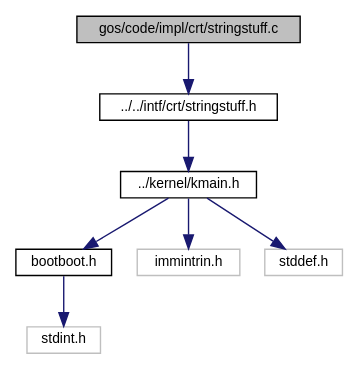
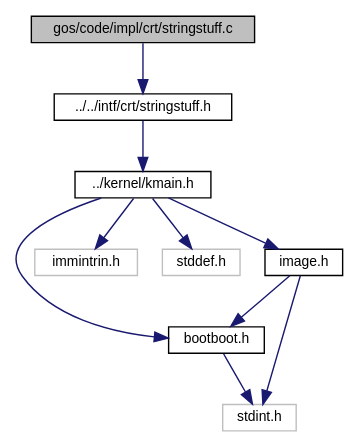
Before and after one commit to jrbuchanan02/garbage-os: the diagram in docs/stringstuff_8c__incl.dot, drawn with Graphviz. The commit also changed 53 other files, not shown here.

```diff
--- a/docs/stringstuff_8c__incl.dot
+++ b/docs/stringstuff_8c__incl.dot
@@ -1,20 +1,24 @@
 digraph "gos/code/impl/crt/stringstuff.c"
 {
  // INTERACTIVE_SVG=YES
  // LATEX_PDF_SIZE
   edge [fontname="Helvetica",fontsize="10",labelfontname="Helvetica",labelfontsize="10"];
   node [fontname="Helvetica",fontsize="10",shape=record];
   Node1 [label="gos/code/impl/crt/stringstuff.c",height=0.2,width=0.4,color="black", fillcolor="grey75", style="filled", fontcolor="black",tooltip="Implementation of all things string!"];
   Node1 -> Node2 [color="midnightblue",fontsize="10",style="solid",fontname="Helvetica"];
   Node2 [label="../../intf/crt/stringstuff.h",height=0.2,width=0.4,color="black", fillcolor="white", style="filled",URL="$stringstuff_8h.html",tooltip="Everything to do with strings."];
   Node2 -> Node3 [color="midnightblue",fontsize="10",style="solid",fontname="Helvetica"];
   Node3 [label="../kernel/kmain.h",height=0.2,width=0.4,color="black", fillcolor="white", style="filled",URL="$kmain_8h.html",tooltip="File for what we include in the kmain.c file."];
   Node3 -> Node4 [color="midnightblue",fontsize="10",style="solid",fontname="Helvetica"];
   Node4 [label="bootboot.h",height=0.2,width=0.4,color="black", fillcolor="white", style="filled",URL="$bootboot_8h_source.html",tooltip=" "];
   Node4 -> Node5 [color="midnightblue",fontsize="10",style="solid",fontname="Helvetica"];
   Node5 [label="stdint.h",height=0.2,width=0.4,color="grey75", fillcolor="white", style="filled",tooltip=" "];
   Node3 -> Node6 [color="midnightblue",fontsize="10",style="solid",fontname="Helvetica"];
   Node6 [label="immintrin.h",height=0.2,width=0.4,color="grey75", fillcolor="white", style="filled",tooltip=" "];
   Node3 -> Node7 [color="midnightblue",fontsize="10",style="solid",fontname="Helvetica"];
   Node7 [label="stddef.h",height=0.2,width=0.4,color="grey75", fillcolor="white", style="filled",tooltip=" "];
+  Node3 -> Node8 [color="midnightblue",fontsize="10",style="solid",fontname="Helvetica"];
+  Node8 [label="image.h",height=0.2,width=0.4,color="black", fillcolor="white", style="filled",URL="$image_8h.html",tooltip="Draws images and stuff."];
+  Node8 -> Node5 [color="midnightblue",fontsize="10",style="solid",fontname="Helvetica"];
+  Node8 -> Node4 [color="midnightblue",fontsize="10",style="solid",fontname="Helvetica"];
 }
```
